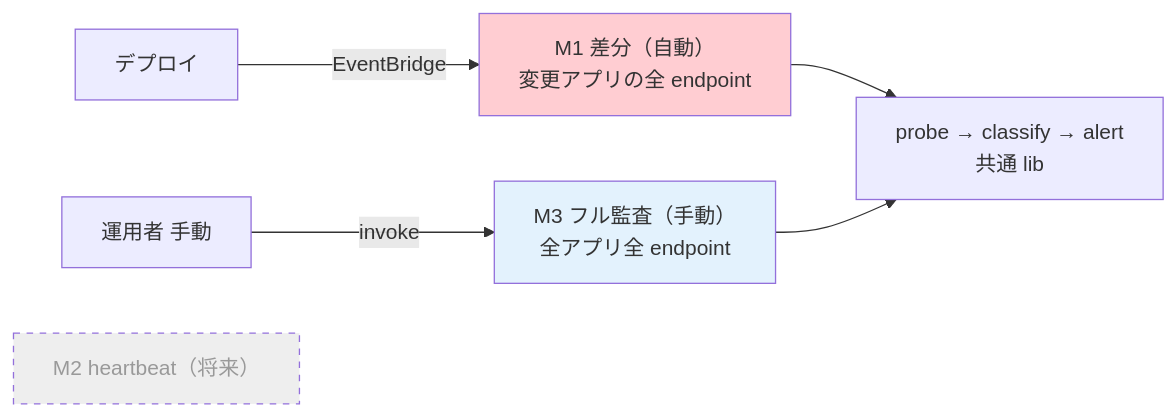
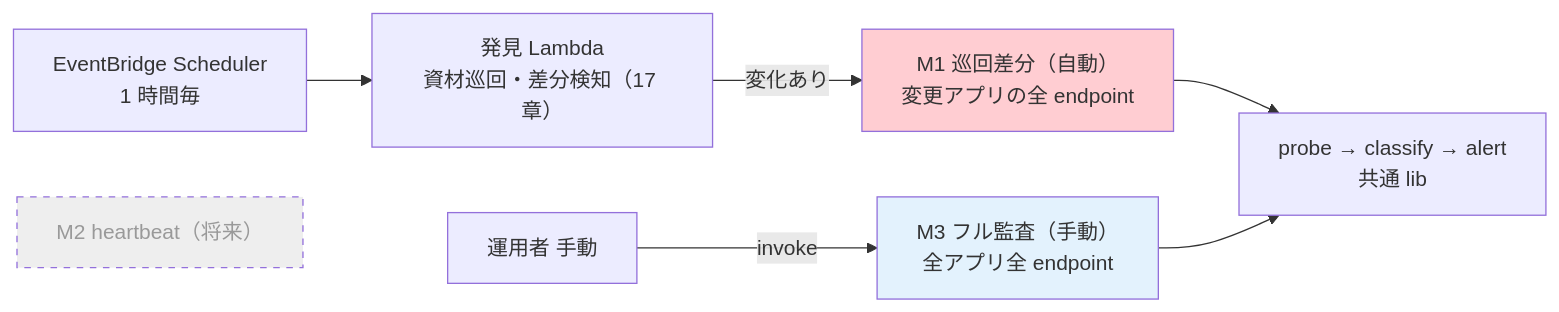
One commit to suepie/aws-atuh-poc changed the first of 2 diagrams in doc/api-platform/basic-design/18-scan-modes-and-scheduling.md. Above: the diagram before and after it, drawn with Mermaid. The commit also changed other lines of this file and 12 other files, not shown here.

````diff
--- a/doc/api-platform/basic-design/18-scan-modes-and-scheduling.md
+++ b/doc/api-platform/basic-design/18-scan-modes-and-scheduling.md
@@ -30,10 +30,11 @@
 ```mermaid
 flowchart LR
-    Deploy[デプロイ] -->|EventBridge| M1[M1 差分（自動）<br/>変更アプリの全 endpoint]
+    SCH[EventBridge Scheduler<br/>1 時間毎] --> DISC[発見 Lambda<br/>資材巡回・差分検知（17 章）]
+    DISC -->|変化あり| M1[M1 巡回差分（自動）<br/>変更アプリの全 endpoint]
     Manual[運用者 手動] -->|invoke| M3[M3 フル監査（手動）<br/>全アプリ全 endpoint]
     M2["M2 heartbeat（将来）"]:::future
     M1 & M3 --> C[probe → classify → alert<br/>共通 lib]
     classDef future fill:#eee,stroke-dasharray:5 5,color:#999
     style M1 fill:#ffcdd2
     style M3 fill:#e3f2fd
 ```
````
